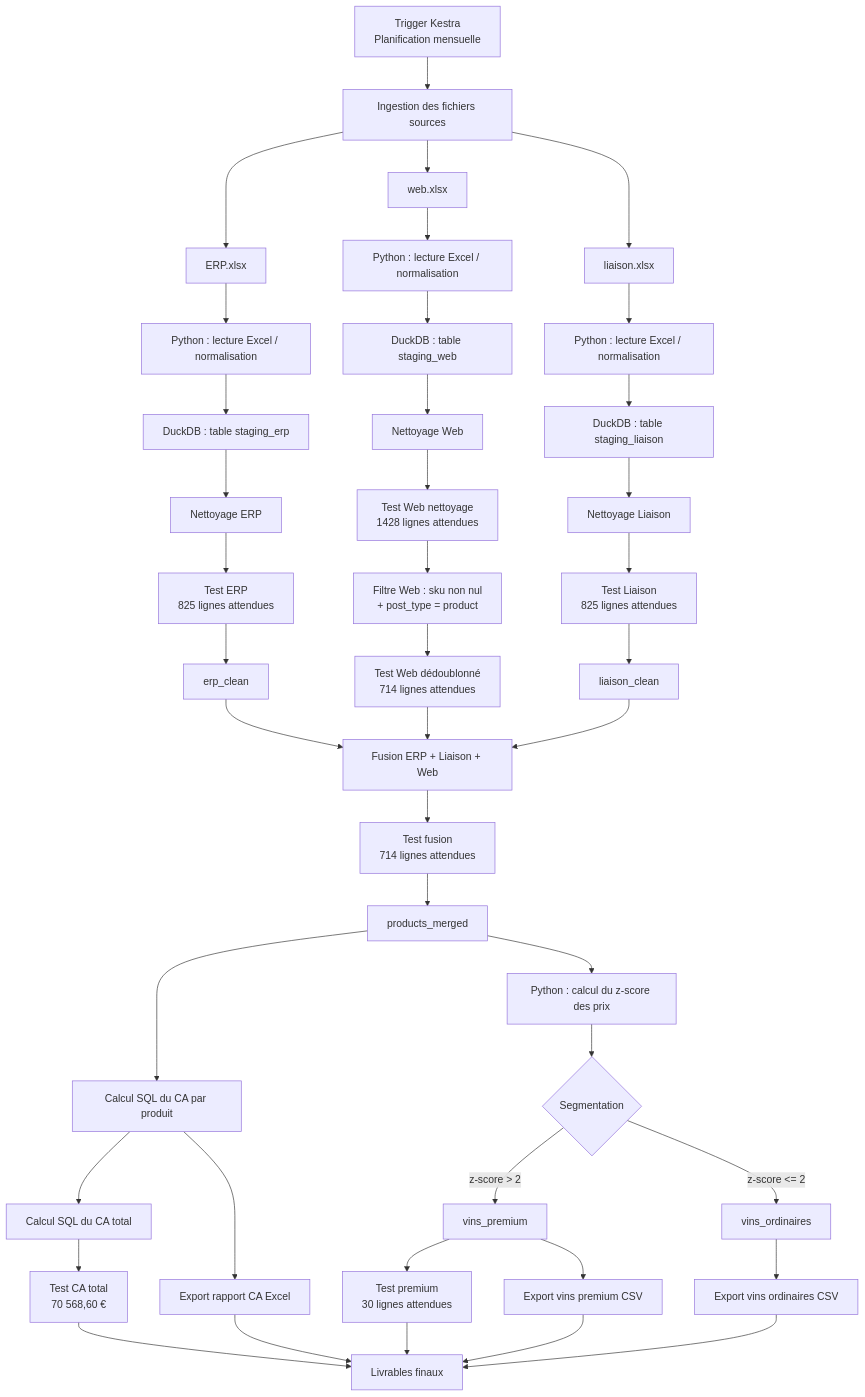
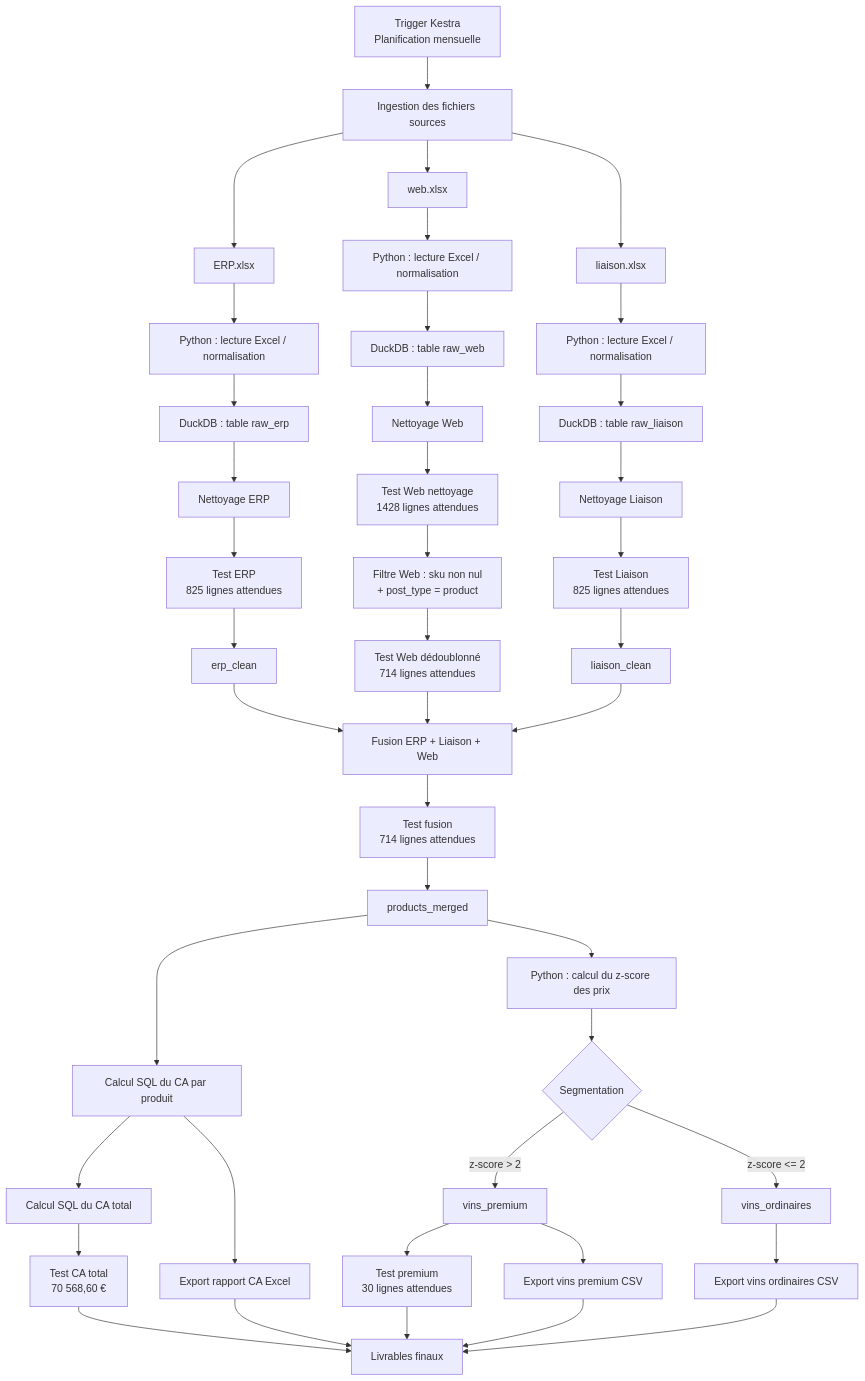
One commit to diamonedge/oc_projet10 changed the diagram in README.md. Above: the diagram before and after it, drawn with Mermaid. The commit also changed other lines of this file, not shown here.

````diff
--- a/README.md
+++ b/README.md
@@ -5,59 +104,59 @@
 ```mermaid
 flowchart TD
 
     A[Trigger Kestra<br/>Planification mensuelle] --> B[Ingestion des fichiers sources]
 
     B --> B1[ERP.xlsx]
     B --> B2[web.xlsx]
     B --> B3[liaison.xlsx]
 
     B1 --> C1[Python : lecture Excel / normalisation]
     B2 --> C2[Python : lecture Excel / normalisation]
     B3 --> C3[Python : lecture Excel / normalisation]
 
-    C1 --> D1[DuckDB : table staging_erp]
-    C2 --> D2[DuckDB : table staging_web]
-    C3 --> D3[DuckDB : table staging_liaison]
+    C1 --> D1[DuckDB : table raw_erp]
+    C2 --> D2[DuckDB : table raw_web]
+    C3 --> D3[DuckDB : table raw_liaison]
 
     D1 --> E1[Nettoyage ERP]
     D2 --> E2[Nettoyage Web]
     D3 --> E3[Nettoyage Liaison]
 
     E1 --> T1[Test ERP<br/>825 lignes attendues]
     E2 --> T2[Test Web nettoyage<br/>1428 lignes attendues]
     E3 --> T3[Test Liaison<br/>825 lignes attendues]
 
     T1 --> F1[erp_clean]
     T2 --> F2[Filtre Web : sku non nul<br/>+ post_type = product]
     T3 --> F3[liaison_clean]
 
     F2 --> T4[Test Web dédoublonné<br/>714 lignes attendues]
 
     F1 --> G[Fusion ERP + Liaison + Web]
     F3 --> G
     T4 --> G
 
     G --> T5[Test fusion<br/>714 lignes attendues]
     T5 --> H[products_merged]
 
     H --> I[Calcul SQL du CA par produit]
     I --> J[Calcul SQL du CA total]
     J --> T6[Test CA total<br/>70 568,60 €]
 
     H --> K[Python : calcul du z-score des prix]
     K --> L{Segmentation}
     L -->|z-score > 2| M[vins_premium]
     L -->|z-score <= 2| N[vins_ordinaires]
 
     M --> T7[Test premium<br/>30 lignes attendues]
 
     I --> O[Export rapport CA Excel]
     M --> P[Export vins premium CSV]
     N --> Q[Export vins ordinaires CSV]
 
     O --> R[Livrables finaux]
     P --> R
     Q --> R
     T6 --> R
     T7 --> R
 ```
````
